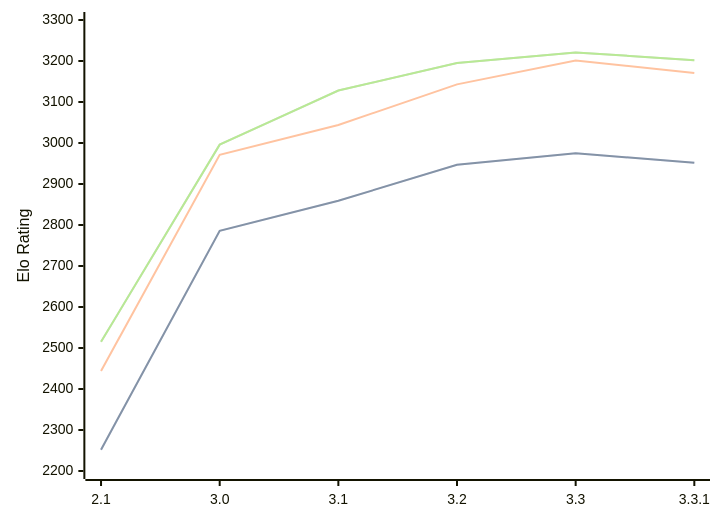
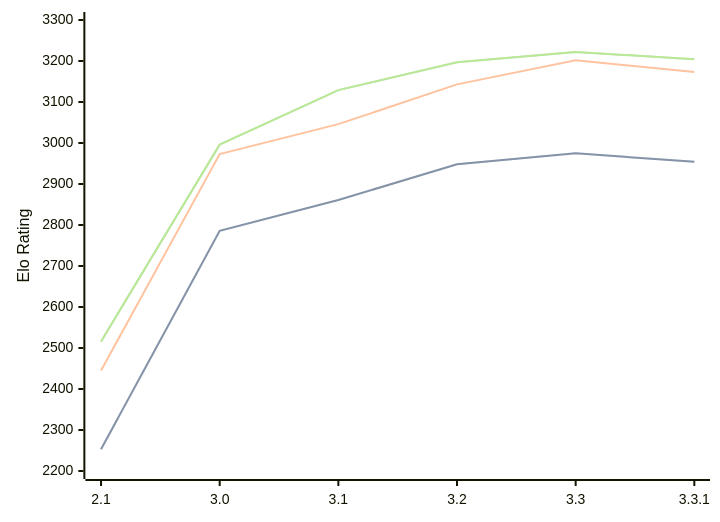
The diagram in engines/Petrel.md (computer-chess-index/cci), drawn with Mermaid before and after one commit. The commit also changed other lines of this file, not shown here.

Commit message:
Update CCI Ratings (ELO VLTC) - 2026-04-13

````diff
--- a/engines/Petrel.md
+++ b/engines/Petrel.md
@@ -45,11 +45,11 @@
 ```mermaid
 %%{init: {"theme":"base","themeVariables":{"seriesColors:['#a3a3a3','#222221','#faa371']}}}%%
 xychart-beta
   x-axis ["2.1", "3.0", "3.1", "3.2", "3.3", "3.3.1"]
   y-axis "Elo Rating" 2200 --> 3300
-  line "STC (8.0+0.08s)" [2252, 2786, 2859, 2947, 2975, 2952]
-  line "STC (8.0+0.08s)" [2252, 2786, 2859, 2947, 2975, 2952]
-  line "LTC (60.0+0.60s)" [2444, 2971, 3044, 3143, 3201, 3171]
-  line "VLTC (2m24s+1.12s)" [2515, 2996, 3128, 3195, 3221, 3202]
-  line "VLTC (2m24s+1.12s)" [2515, 2996, 3128, 3195, 3221, 3202]
+  line "STC (8.0+0.08s)" [2253, 2786, 2861, 2948, 2975, 2954]
+  line "STC (8.0+0.08s)" [2253, 2786, 2861, 2948, 2975, 2954]
+  line "LTC (60.0+0.60s)" [2445, 2973, 3046, 3143, 3202, 3173]
+  line "VLTC (2m24s+1.12s)" [2516, 2996, 3129, 3197, 3222, 3204]
+  line "VLTC (2m24s+1.12s)" [2516, 2996, 3129, 3197, 3222, 3204]
 ```
````
